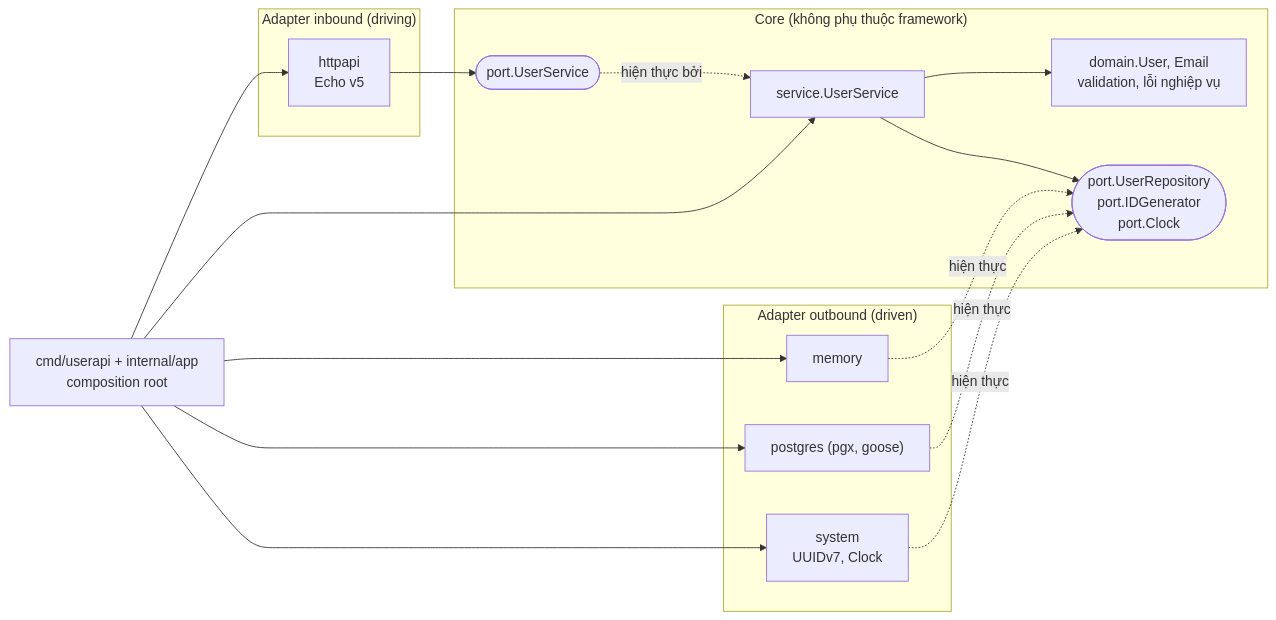
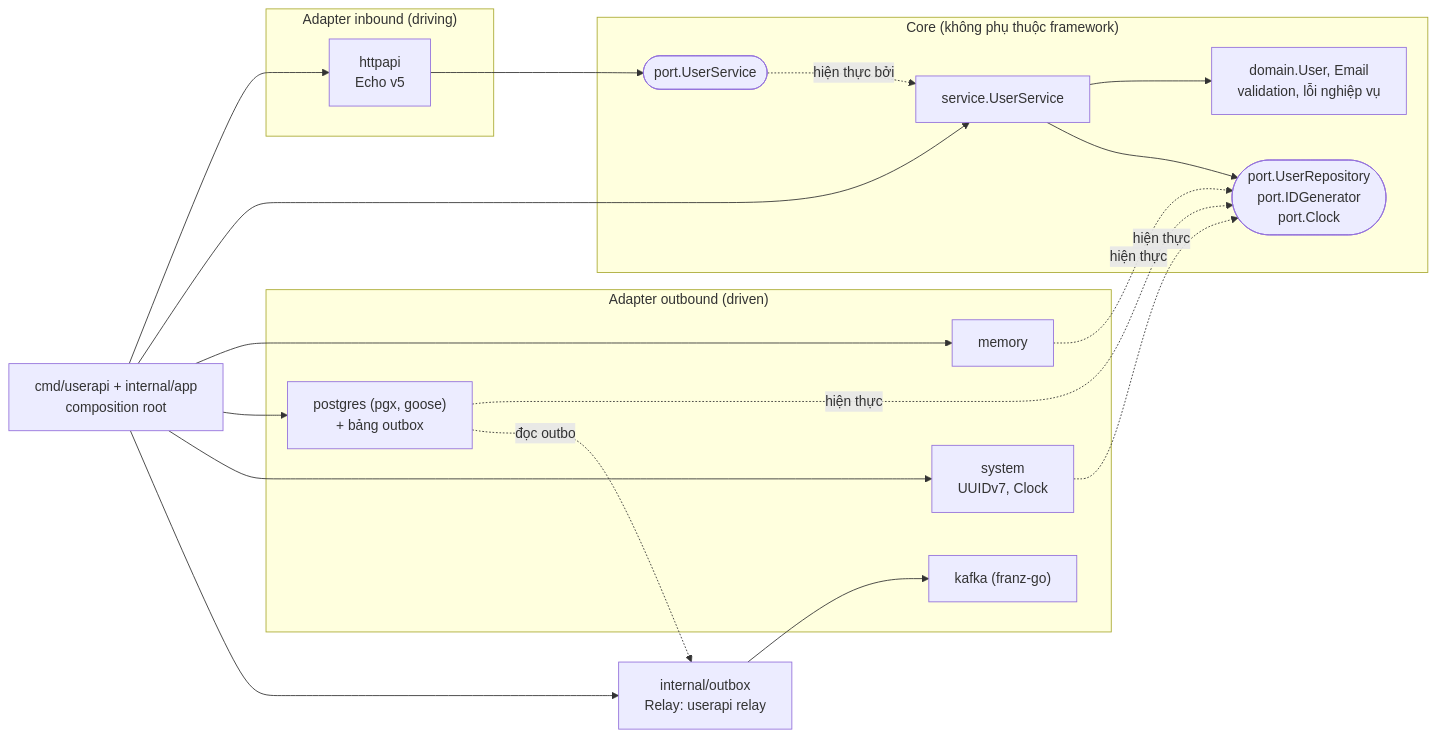
Before and after one commit to lannguyenit598/go-hexa-template: the diagram in docs/architecture.md, drawn with Mermaid. The commit also changed other lines of this file and 26 other files, not shown here.

````diff
--- a/docs/architecture.md
+++ b/docs/architecture.md
@@ -7,25 +7,29 @@
 ```mermaid
 flowchart LR
     subgraph Inbound["Adapter inbound (driving)"]
         HTTP["httpapi<br/>Echo v5"]
     end
     subgraph Core["Core (không phụ thuộc framework)"]
         IP(["port.UserService"])
         SVC["service.UserService"]
         DOM["domain.User, Email<br/>validation, lỗi nghiệp vụ"]
         OP(["port.UserRepository<br/>port.IDGenerator<br/>port.Clock"])
     end
     subgraph Outbound["Adapter outbound (driven)"]
         MEM["memory"]
-        PG["postgres (pgx, goose)"]
+        PG["postgres (pgx, goose)<br/>+ bảng outbox"]
         SYS["system<br/>UUIDv7, Clock"]
+        KAFKA["kafka (franz-go)"]
     end
+    RELAY["internal/outbox<br/>Relay: userapi relay"]
     HTTP --> IP
     IP -.hiện thực bởi.-> SVC
     SVC --> DOM
     SVC --> OP
     MEM -.hiện thực.-> OP
     PG -.hiện thực.-> OP
     SYS -.hiện thực.-> OP
-    ROOT["cmd/userapi + internal/app<br/>composition root"] --> HTTP & SVC & MEM & PG & SYS
+    PG -.đọc outbox.-> RELAY
+    RELAY --> KAFKA
+    ROOT["cmd/userapi + internal/app<br/>composition root"] --> HTTP & SVC & MEM & PG & SYS & RELAY
 ```
````
